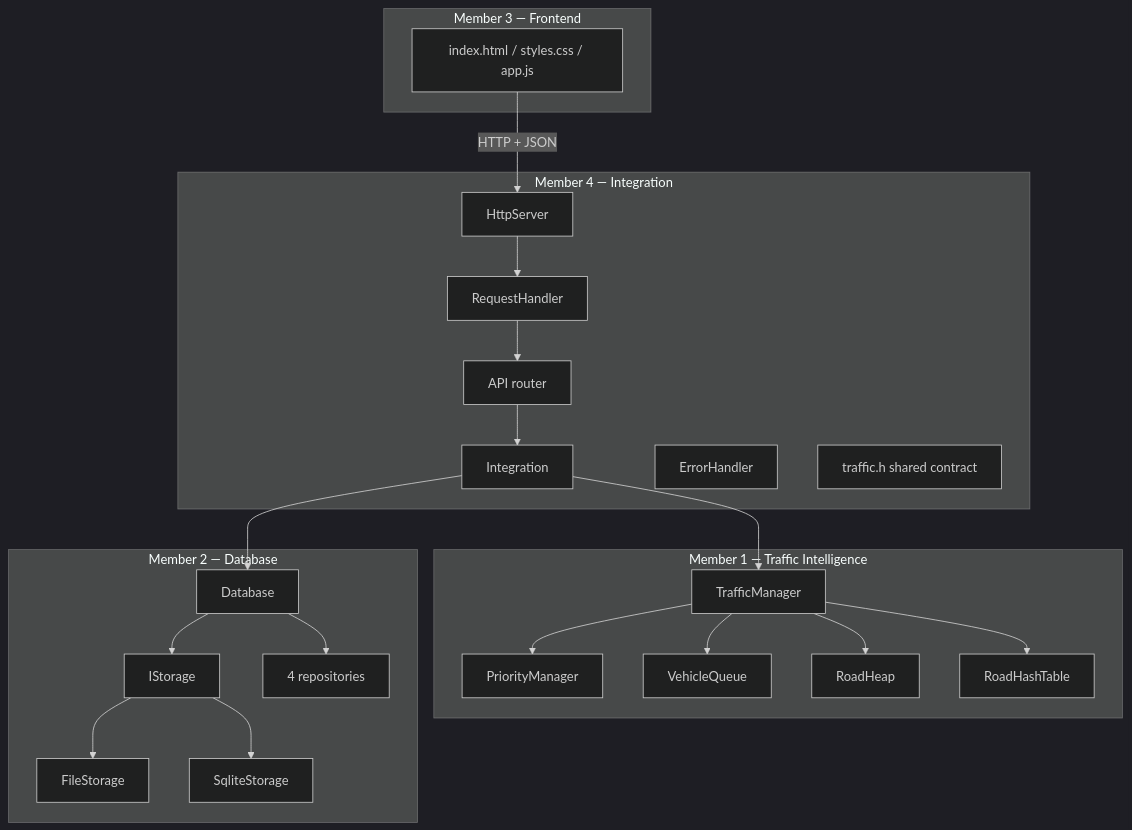
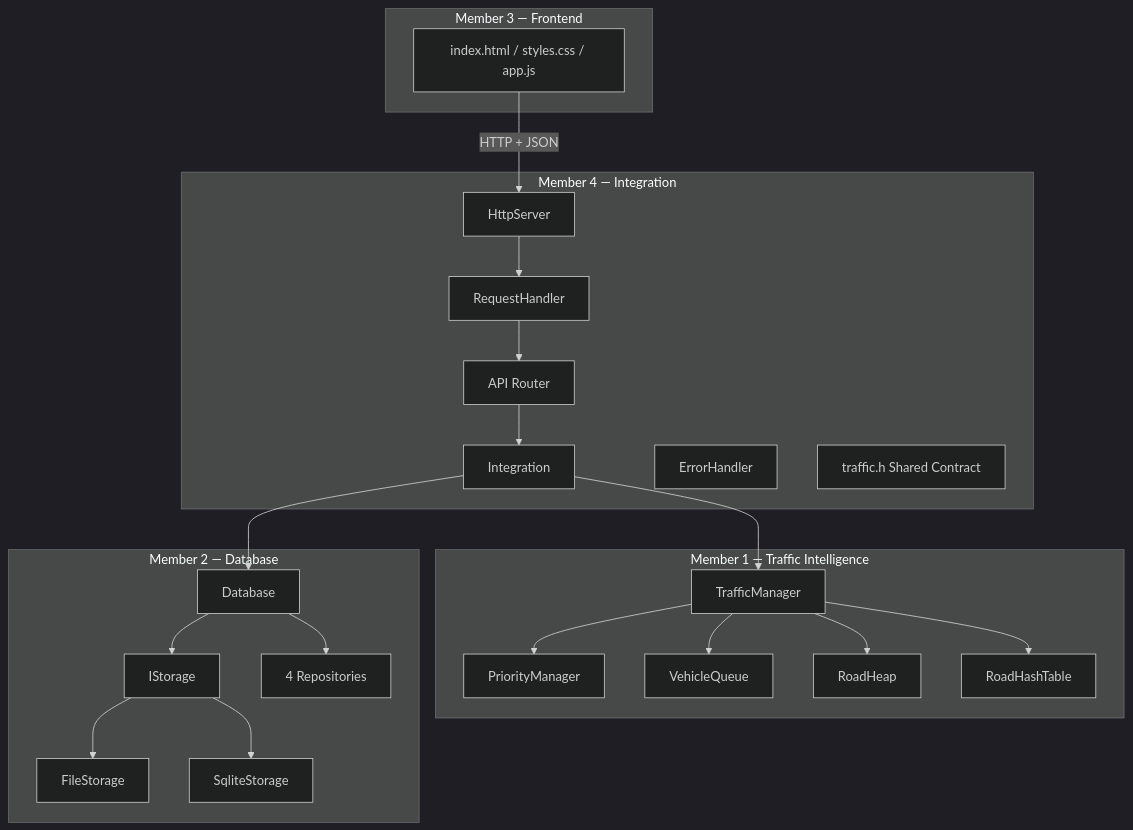
One commit to palakbisht12/adaptive-traffic-managment-system changed the second of 2 diagrams in README.md. Above: the diagram before and after it, drawn with Mermaid (dark theme). The commit also changed other lines of this file, not shown here.

````diff
--- a/README.md
+++ b/README.md
@@ -144,28 +160,32 @@
 ```mermaid
 flowchart TB
     subgraph M3["Member 3 — Frontend"]
         UI[index.html / styles.css / app.js]
     end
+
     subgraph M4["Member 4 — Integration"]
         HS[HttpServer] --> RH[RequestHandler]
-        RH --> AP[API router]
+        RH --> AP[API Router]
         AP --> IN[Integration]
         EH[ErrorHandler]
-        SC[traffic.h shared contract]
+        SC[traffic.h Shared Contract]
     end
+
     subgraph M1["Member 1 — Traffic Intelligence"]
         TM[TrafficManager] --> PM[PriorityManager]
         TM --> Q[VehicleQueue]
         TM --> HP[RoadHeap]
         TM --> HT[RoadHashTable]
     end
+
     subgraph M2["Member 2 — Database"]
         DB[Database] --> IS[IStorage]
         IS --> FS[FileStorage]
         IS --> SQ[SqliteStorage]
-        DB --> RR[4 repositories]
+        DB --> RR[4 Repositories]
     end
+
     UI -->|HTTP + JSON| HS
     IN --> TM
     IN --> DB
 ```
````
